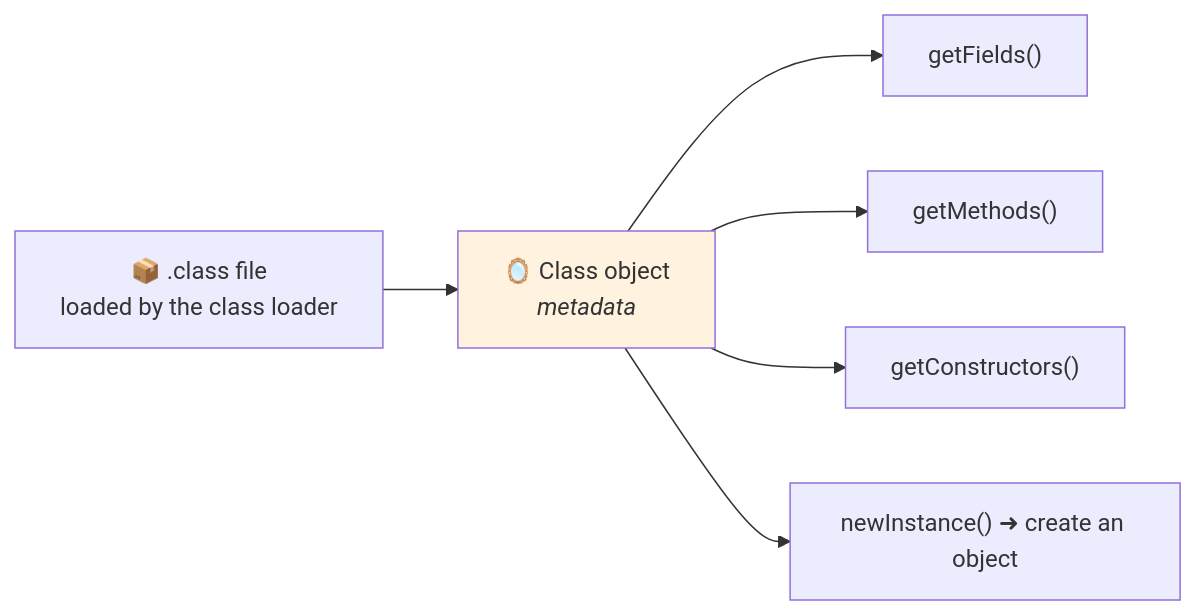
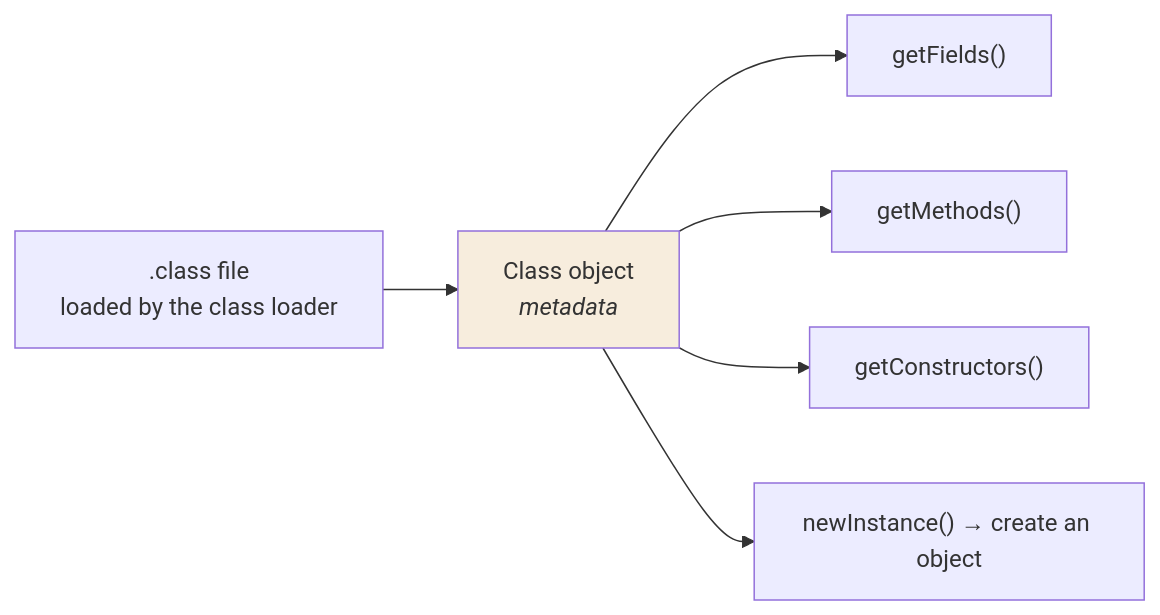
Before and after one commit to kundankumarsharma56/Leaning-Java: the diagram in src/Theory/11-Advanced-Concepts/03-Reflection-API.md, drawn with Mermaid. The commit also changed other lines of this file and 84 other files, not shown here.

````diff
--- a/src/Theory/11-Advanced-Concepts/03-Reflection-API.md
+++ b/src/Theory/11-Advanced-Concepts/03-Reflection-API.md
@@ -21,9 +21,9 @@
 ```mermaid
 flowchart LR
-    C["📦 .class file<br/>loaded by the class loader"] --> M["🪞 Class object<br/><i>metadata</i>"]
+    C[".class file<br/>loaded by the class loader"] --> M["Class object<br/><i>metadata</i>"]
     M --> F["getFields()"]
     M --> ME["getMethods()"]
     M --> CO["getConstructors()"]
-    M --> IN["newInstance() ➜ create an object"]
-    style M fill:#fff3e0
+    M --> IN["newInstance() → create an object"]
+    style M fill:#f7eddd
 ```
````
